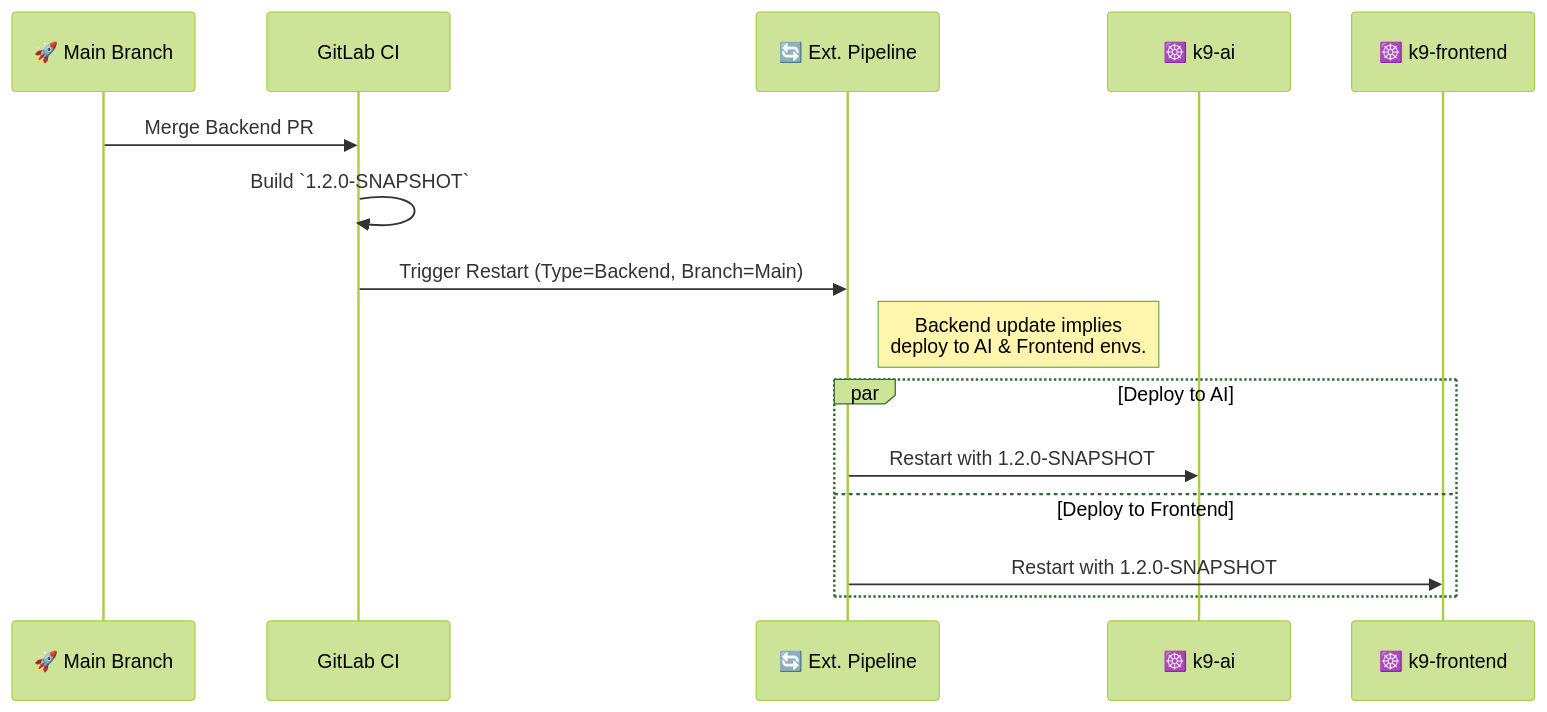
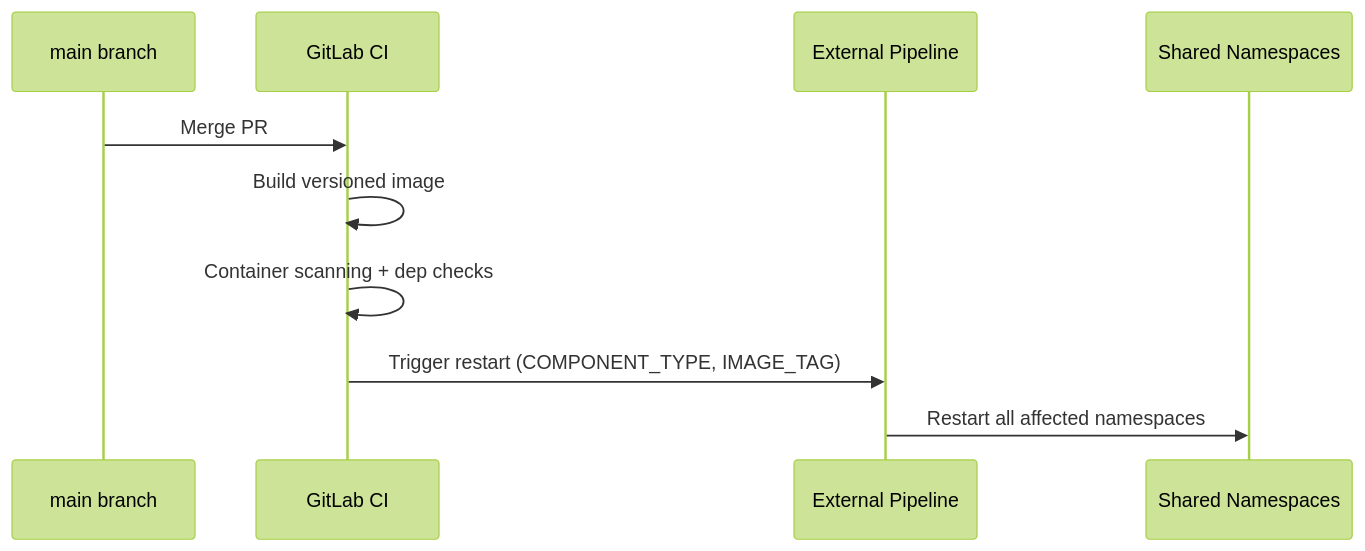
Before and after one commit to smclab/openk9: the third of 4 diagrams in .gitlab/README.md, drawn with Mermaid (forest theme). The commit also changed other lines of this file and 27 other files, not shown here.

Commit message:
Issue #1963 audit and harden GitLab pipelines — fix tag builds, no-push for generic users, kaniko cache, AI build verifiers, connector versioning

````diff
--- a/.gitlab/README.md
+++ b/.gitlab/README.md
@@ -342,20 +459,13 @@
 ```mermaid
 sequenceDiagram
-    participant Main as 🚀 Main Branch
+    participant Main as main branch
     participant CI as GitLab CI
-    participant Ext as 🔄 Ext. Pipeline
-    participant NS_AI as ☸️ k9-ai
-    participant NS_FE as ☸️ k9-frontend
+    participant Ext as External Pipeline
+    participant NS as Shared Namespaces
 
-    Main->>CI: Merge Backend PR
-    CI->>CI: Build `1.2.0-SNAPSHOT`
-    CI->>Ext: Trigger Restart (Type=Backend, Branch=Main)
-    
-    Note right of Ext: Backend update implies<br/>deploy to AI & Frontend envs.
-    
-    par Deploy to AI
-        Ext->>NS_AI: Restart with 1.2.0-SNAPSHOT
-    and Deploy to Frontend
-        Ext->>NS_FE: Restart with 1.2.0-SNAPSHOT
-    end
+    Main->>CI: Merge PR
+    CI->>CI: Build versioned image
+    CI->>CI: Container scanning + dep checks
+    CI->>Ext: Trigger restart (COMPONENT_TYPE, IMAGE_TAG)
+    Ext->>NS: Restart all affected namespaces
 ```
````
